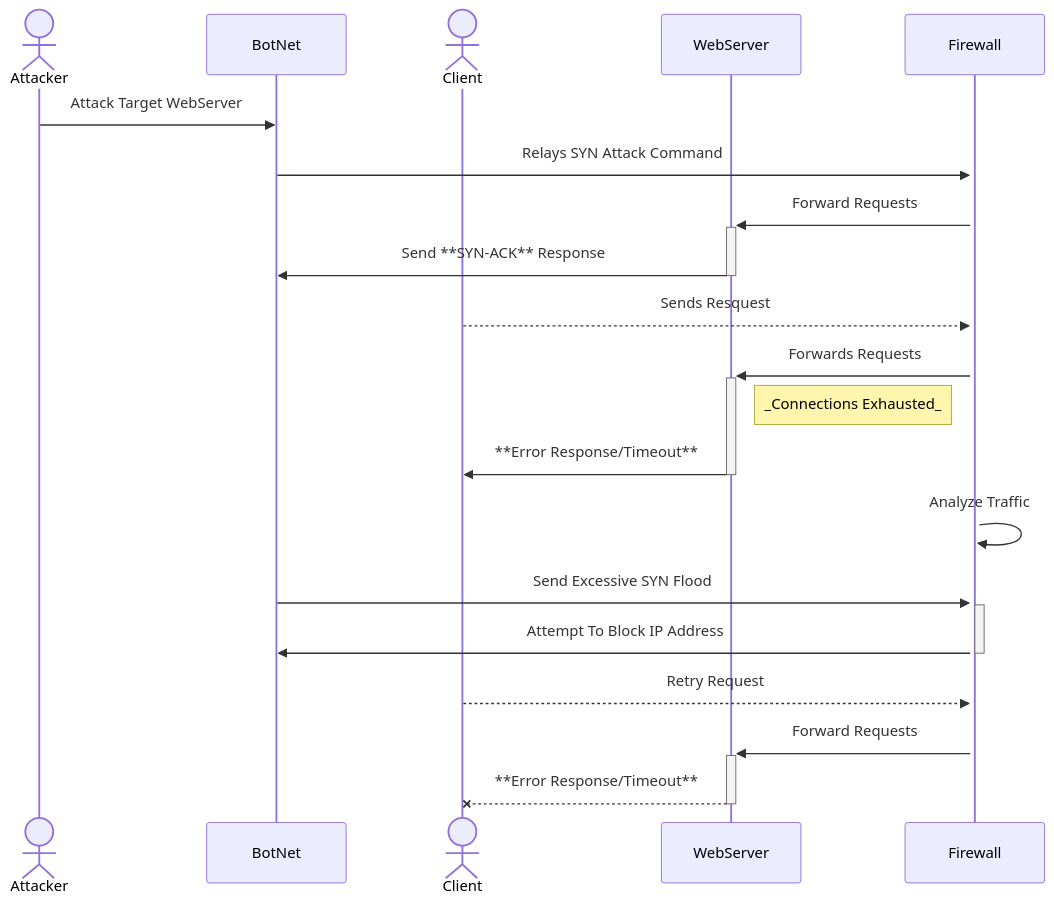
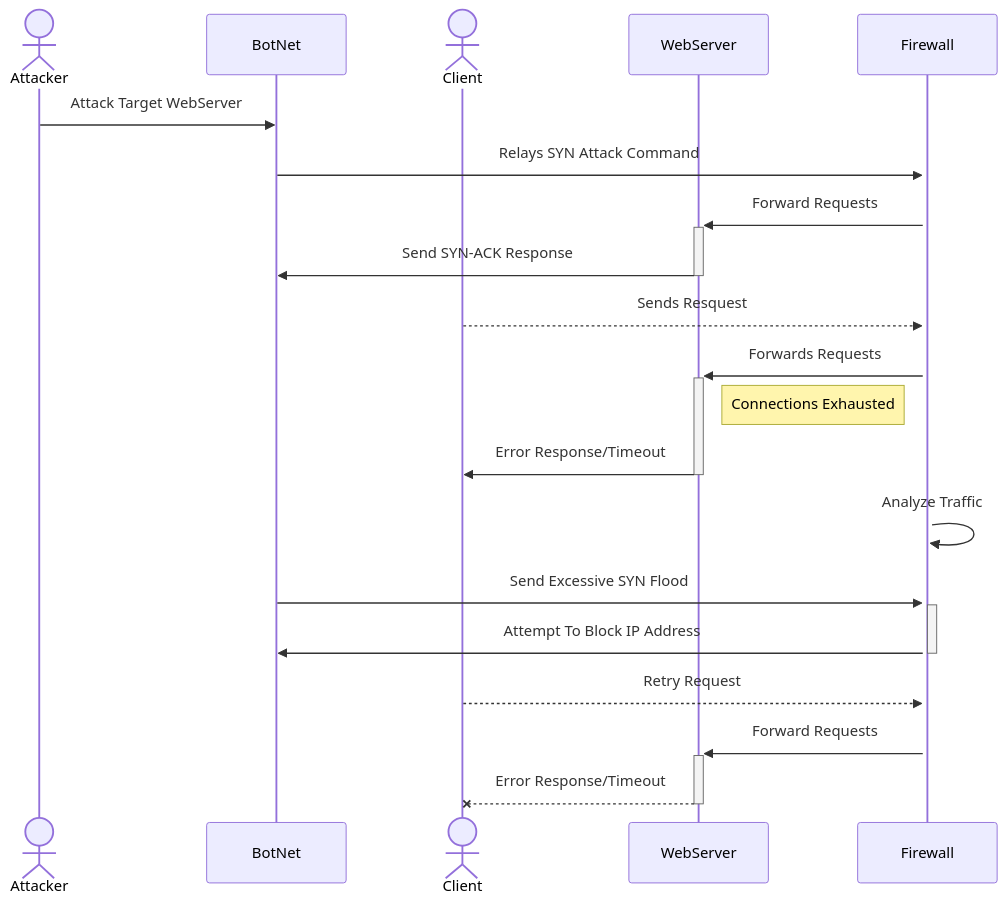
Before and after one commit to DesHeaden/desheaden.github.io: the diagram in DDoS_Attack_Sequence.md, drawn with Mermaid.

````diff
--- a/DDoS_Attack_Sequence.md
+++ b/DDoS_Attack_Sequence.md
@@ -3,24 +3,24 @@
 ```mermaid
 sequenceDiagram
 Actor Attacker
 Participant BotNet
 Actor Client
 Participant WebServer
 participant Firewall
 
   Attacker->>BotNet: Attack Target WebServer
   BotNet->>+Firewall: Relays SYN Attack Command
   Firewall->>+WebServer: Forward Requests
-  WebServer->>-BotNet: Send **SYN-ACK** Response
+  WebServer->>-BotNet: Send SYN-ACK Response
   Client-->>Firewall: Sends Resquest
   Firewall->>+WebServer: Forwards Requests
-  note right of WebServer: _Connections Exhausted_
-  WebServer->>-Client: **Error Response/Timeout**
+  note right of WebServer: Connections Exhausted
+  WebServer->>-Client: Error Response/Timeout
   Firewall->>Firewall: Analyze Traffic
   BotNet->>+Firewall: Send Excessive SYN Flood
   Firewall->>-BotNet: Attempt To Block IP Address
   Client-->>Firewall: Retry Request
   Firewall->>+WebServer: Forward Requests
-  WebServer--x-Client: **Error Response/Timeout**
+  WebServer--x-Client: Error Response/Timeout
   
 ``` 
````
